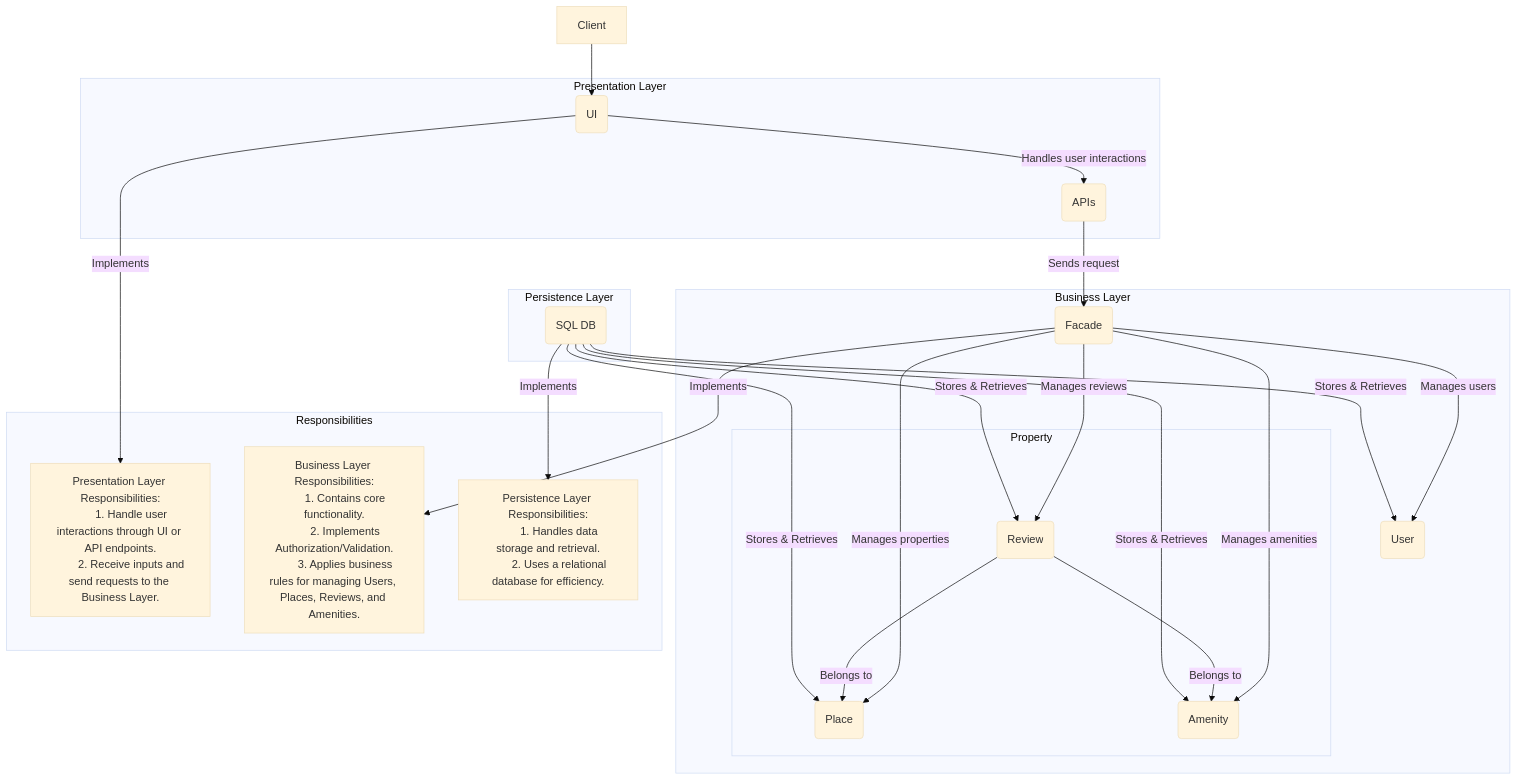
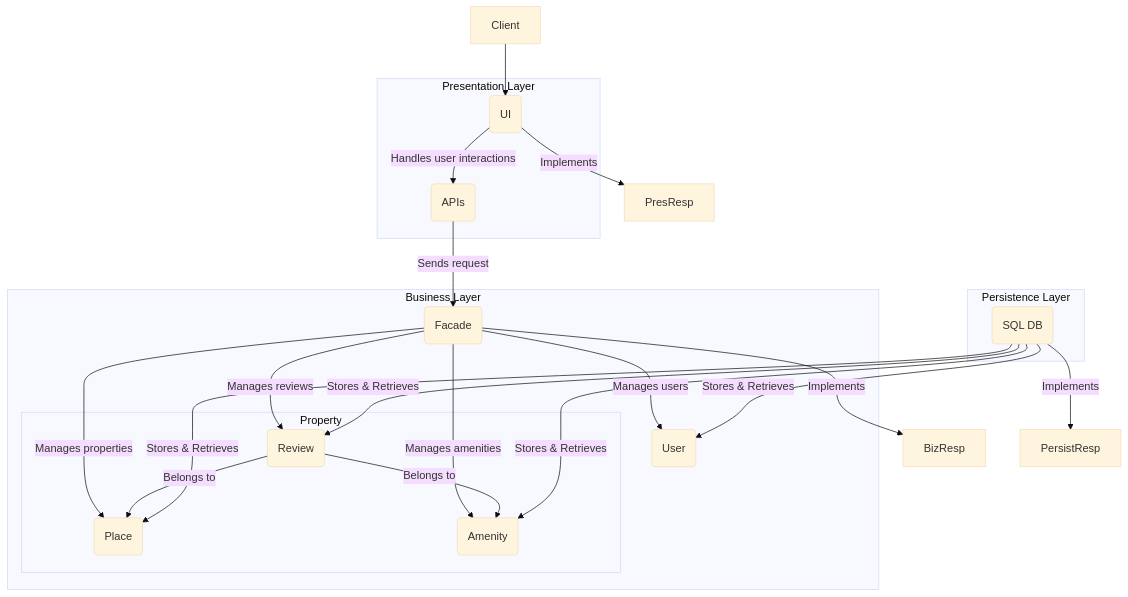
Before and after one commit to JacobsDevs/HBnB_evolution: the diagram in HBnB_Tech_Doc.md, drawn with Mermaid (base theme).

Commit message:
Modify diagram

````diff
--- a/HBnB_Tech_Doc.md
+++ b/HBnB_Tech_Doc.md
@@ -26,55 +26,40 @@
 ```mermaid
 graph TD
     subgraph Presentation Layer
         UI(UI)
         API(APIs)
     end
 
     subgraph Business Layer
         Facade(Facade)
         User(User)
         subgraph Property
             Place(Place)
             Amenity(Amenity)
             Review(Review)
         end
     end
 
     subgraph Persistence Layer
         SQLDB(SQL DB)
     end
 
     Client --> UI
     UI -->|Handles user interactions| API
     API -->|Sends request| Facade
     Facade -->|Manages users| User
     Facade -->|Manages properties| Place
     Facade -->|Manages amenities| Amenity
     Facade -->|Manages reviews| Review
     Review -->|Belongs to| Place
     Review -->|Belongs to| Amenity
     SQLDB -->|Stores & Retrieves| User
     SQLDB -->|Stores & Retrieves| Place
     SQLDB -->|Stores & Retrieves| Amenity
     SQLDB -->|Stores & Retrieves| Review
 
-    subgraph Responsibilities
-        PresResp["Presentation Layer Responsibilities:
-        1. Handle user interactions through UI or API endpoints.
-        2. Receive inputs and send requests to the Business Layer."]
-
-        BizResp["Business Layer Responsibilities:
-        1. Contains core functionality.
-        2. Implements Authorization/Validation.
-        3. Applies business rules for managing Users, Places, Reviews, and Amenities."]
-
-        PersistResp["Persistence Layer Responsibilities:
-        1. Handles data storage and retrieval.
-        2. Uses a relational database for efficiency."]
-    end
-
     UI -->|Implements| PresResp
     Facade -->|Implements| BizResp
     SQLDB -->|Implements| PersistResp
 
 ```
````
